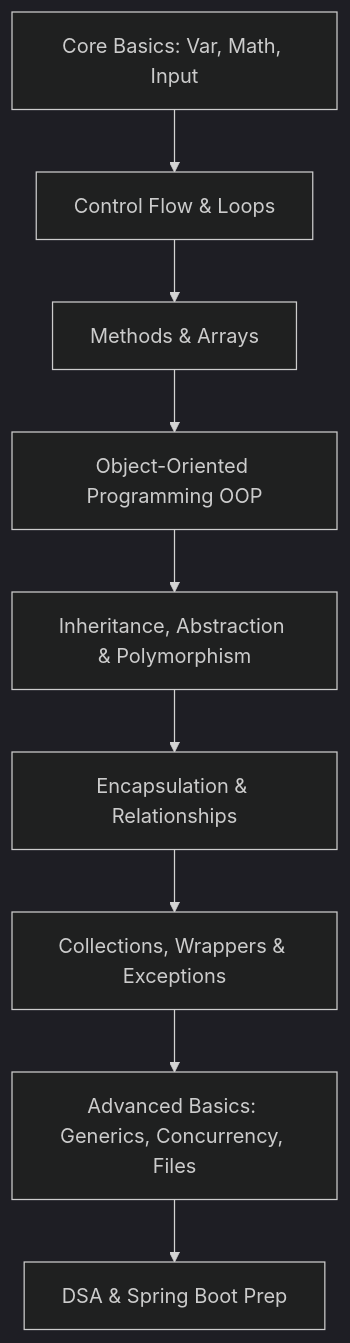
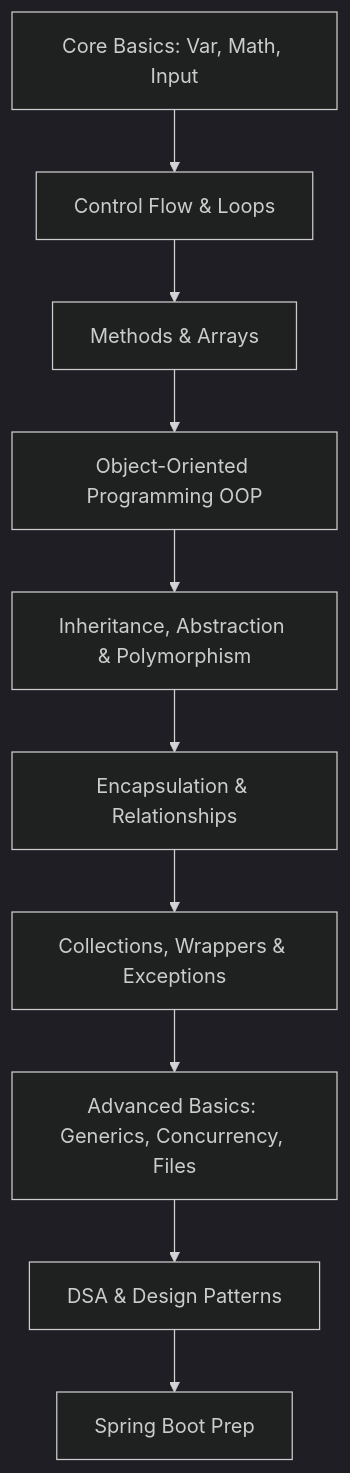
Before and after one commit to harshwardhan1507/java: the diagram in README.md, drawn with Mermaid (dark theme). The commit also changed other lines of this file and 5 other files, not shown here.

Commit message:
feat: add chapter 03 loop implementations and initialize DSA/Design Pattern documentation with Obsidian configuration

````diff
--- a/README.md
+++ b/README.md
@@ -23,11 +23,12 @@
 ```mermaid
 graph TD
     A[Core Basics: Var, Math, Input] --> B[Control Flow & Loops]
     B --> C[Methods & Arrays]
     C --> D[Object-Oriented Programming OOP]
     D --> E[Inheritance, Abstraction & Polymorphism]
     E --> F[Encapsulation & Relationships]
     F --> G[Collections, Wrappers & Exceptions]
     G --> H[Advanced Basics: Generics, Concurrency, Files]
-    H --> I[DSA & Spring Boot Prep]
+    H --> I[DSA & Design Patterns]
+    I --> J[Spring Boot Prep]
 ```
````
